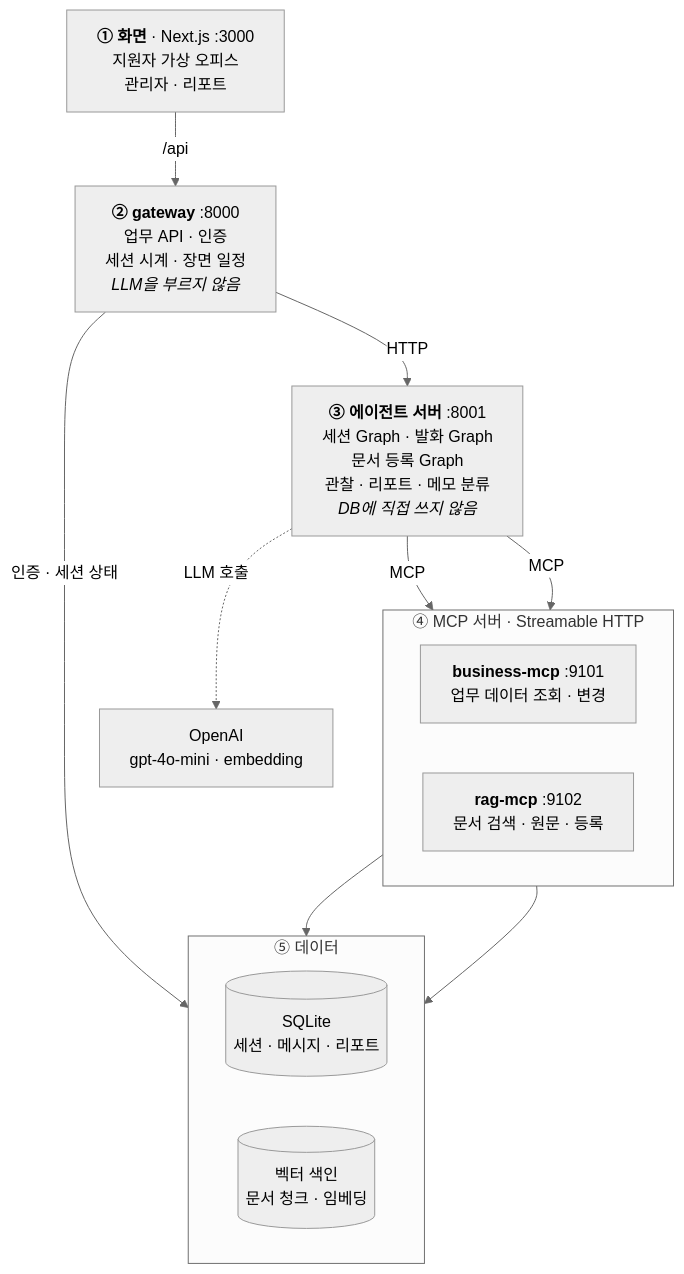
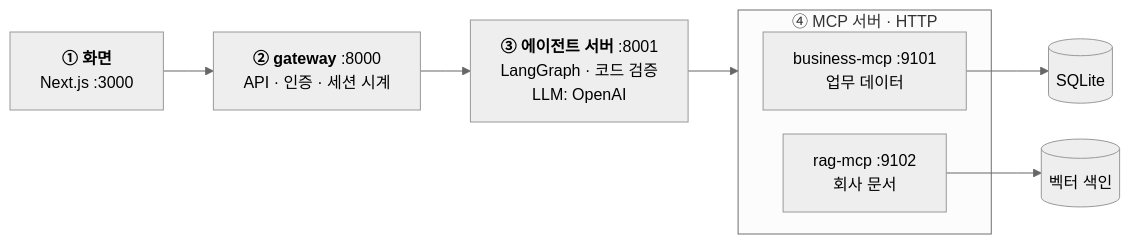
Before and after one commit to SKALA-AI-meeting/DayZer0_ahrdyrxkddhfl: the first of 2 diagrams in README.md, drawn with Mermaid. The commit also changed other lines of this file, not shown here.

Commit message:
docs: 아키텍처 그림을 가로 한 줄·직선으로, 순서도 줄임

````diff
--- a/README.md
+++ b/README.md
@@ -77,29 +77,19 @@
 ```mermaid
-%%{init: {"theme": "neutral"}}%%
-flowchart TB
-    FE["<b>① 화면</b> · Next.js :3000<br/>지원자 가상 오피스<br/>관리자 · 리포트"]
-    GW["<b>② gateway</b> :8000<br/>업무 API · 인증<br/>세션 시계 · 장면 일정<br/><i>LLM을 부르지 않음</i>"]
-    AG["<b>③ 에이전트 서버</b> :8001<br/>세션 Graph · 발화 Graph<br/>문서 등록 Graph<br/>관찰 · 리포트 · 메모 분류<br/><i>DB에 직접 쓰지 않음</i>"]
-    LLM["OpenAI<br/>gpt-4o-mini · embedding"]
+%%{init: {"theme": "neutral", "flowchart": {"curve": "linear", "nodeSpacing": 24, "rankSpacing": 50}}}%%
+flowchart LR
+    FE["<b>① 화면</b><br/>Next.js :3000"]
+    GW["<b>② gateway</b> :8000<br/>API · 인증 · 세션 시계"]
+    AG["<b>③ 에이전트 서버</b> :8001<br/>LangGraph · 코드 검증<br/>LLM: OpenAI"]
 
-    subgraph MCP["④ MCP 서버 · Streamable HTTP"]
-        direction LR
-        BIZ["<b>business-mcp</b> :9101<br/>업무 데이터 조회 · 변경"]
-        RAG["<b>rag-mcp</b> :9102<br/>문서 검색 · 원문 · 등록"]
+    subgraph MCP["④ MCP 서버 · HTTP"]
+        BIZ["business-mcp :9101<br/>업무 데이터"]
+        RAG["rag-mcp :9102<br/>회사 문서"]
     end
 
-    subgraph DATA["⑤ 데이터"]
-        direction LR
-        DB[("SQLite<br/>세션 · 메시지 · 리포트")]
-        VEC[("벡터 색인<br/>문서 청크 · 임베딩")]
-    end
+    DB[("SQLite")]
+    VEC[("벡터 색인")]
 
-    FE -->|"/api"| GW
-    GW -->|"HTTP"| AG
-    AG -.->|"LLM 호출"| LLM
-    AG -->|"MCP"| BIZ
-    AG -->|"MCP"| RAG
-    GW -->|"인증 · 세션 상태"| DB
+    FE --> GW --> AG --> MCP
     BIZ --> DB
     RAG --> VEC
 ```
````
